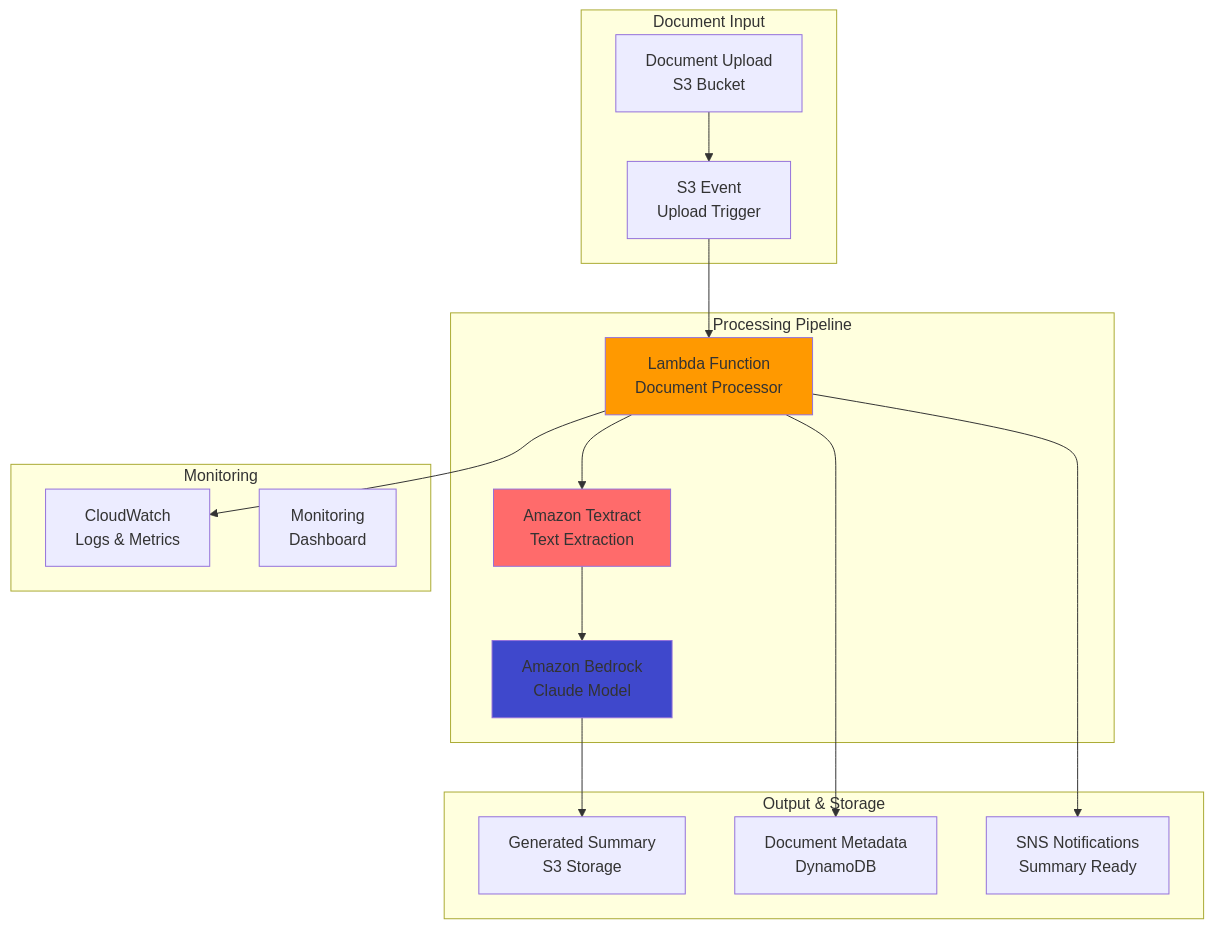
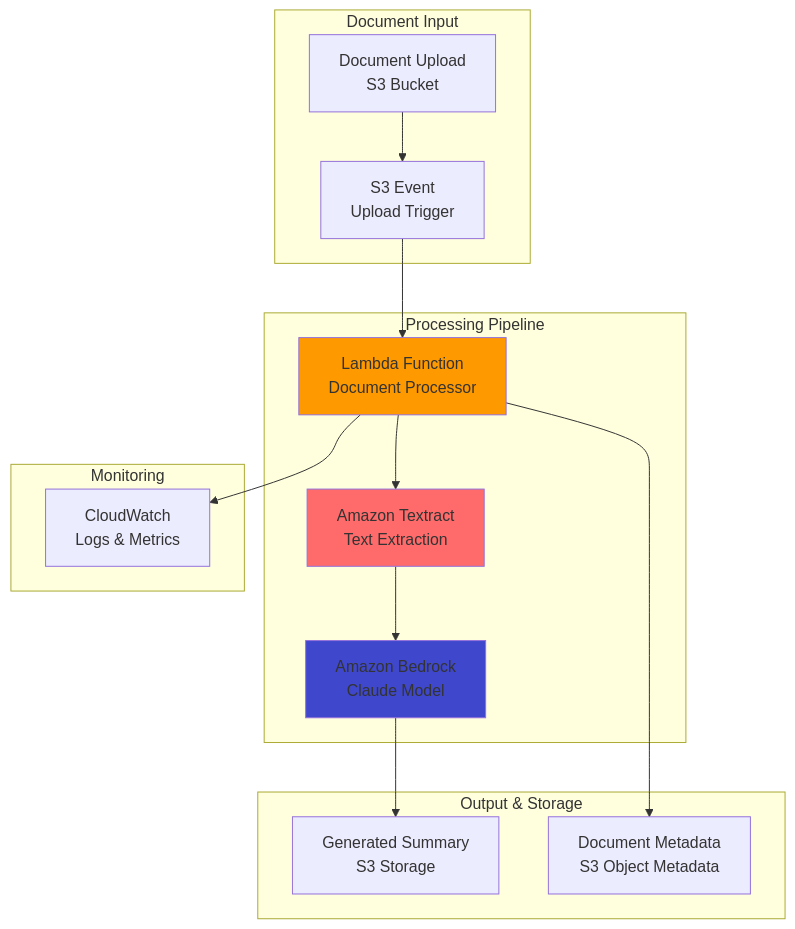
The diagram in aws/document-auto-summarization/document-auto-summarization.md (mzazon/awesome-cloud-projects), drawn with Mermaid before and after one commit. The commit also changed other lines of this file and 5581 other files, not shown here.

````diff
--- a/aws/document-auto-summarization/document-auto-summarization.md
+++ b/aws/document-auto-summarization/document-auto-summarization.md
@@ -30,37 +30,34 @@
 ```mermaid
 graph TB
     subgraph "Document Input"
         UPLOAD[Document Upload<br/>S3 Bucket]
         TRIGGER[S3 Event<br/>Upload Trigger]
     end
     
     subgraph "Processing Pipeline"
         LAMBDA[Lambda Function<br/>Document Processor]
         TEXTRACT[Amazon Textract<br/>Text Extraction]
         BEDROCK[Amazon Bedrock<br/>Claude Model]
     end
     
     subgraph "Output & Storage"
         SUMMARY[Generated Summary<br/>S3 Storage]
-        METADATA[Document Metadata<br/>DynamoDB]
-        NOTIFICATION[SNS Notifications<br/>Summary Ready]
+        METADATA[Document Metadata<br/>S3 Object Metadata]
     end
     
     subgraph "Monitoring"
         CLOUDWATCH[CloudWatch<br/>Logs & Metrics]
-        DASHBOARD[Monitoring<br/>Dashboard]
     end
     
     UPLOAD --> TRIGGER
     TRIGGER --> LAMBDA
     LAMBDA --> TEXTRACT
     TEXTRACT --> BEDROCK
     BEDROCK --> SUMMARY
     LAMBDA --> METADATA
-    LAMBDA --> NOTIFICATION
     LAMBDA --> CLOUDWATCH
     
     style LAMBDA fill:#FF9900
     style BEDROCK fill:#3F48CC
     style TEXTRACT fill:#FF6B6B
 ```
````
